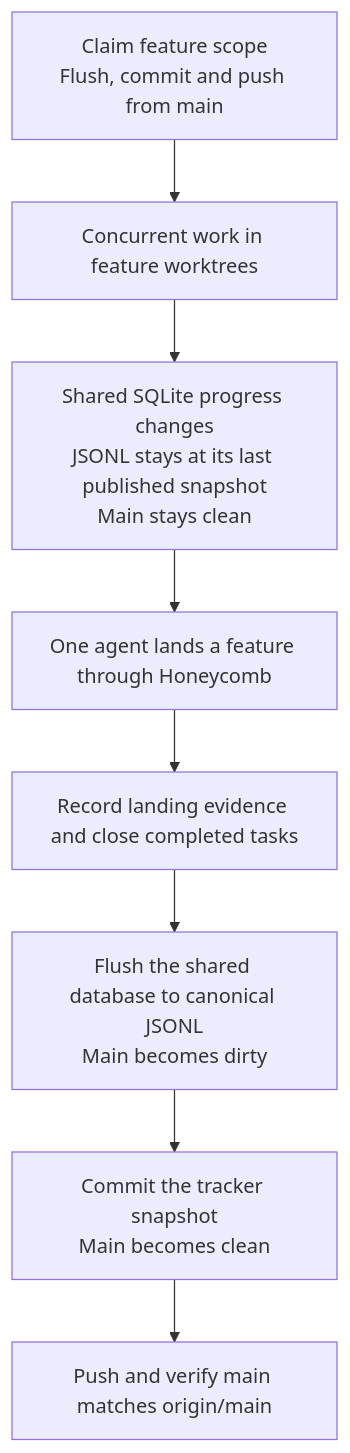
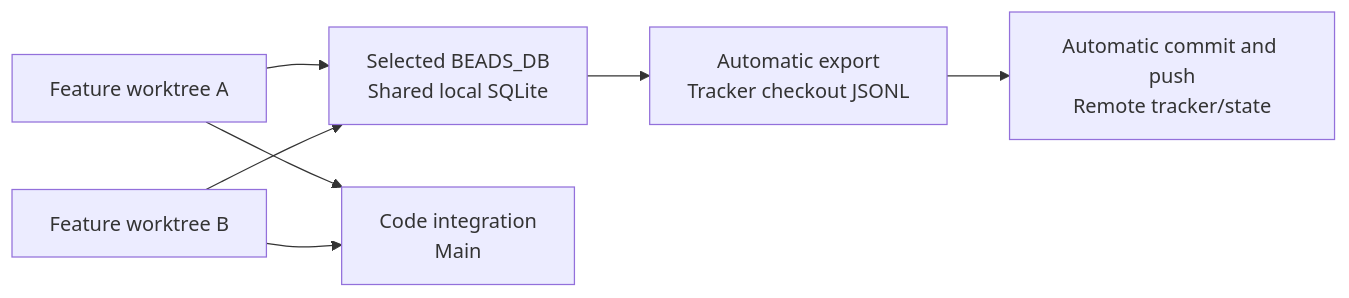
Before and after one commit to codethread/hive: the first of 2 diagrams in docs/beads-integration.md, drawn with Mermaid. The commit also changed other lines of this file and 25 other files, not shown here.

Commit message:
chore(beads): establish persistent tracker branch

````diff
--- a/docs/beads-integration.md
+++ b/docs/beads-integration.md
@@ -19,10 +7,9 @@
 ```mermaid
-flowchart TD
-    P["Claim feature scope<br/>Flush, commit and push from main"] --> A["Concurrent work in feature worktrees"]
-    A --> B["Shared SQLite progress changes<br/>JSONL stays at its last published snapshot<br/>Main stays clean"]
-    B --> C["One agent lands a feature through Honeycomb"]
-    C --> D["Record landing evidence and close completed tasks"]
-    D --> E["Flush the shared database to canonical JSONL<br/>Main becomes dirty"]
-    E --> F["Commit the tracker snapshot<br/>Main becomes clean"]
-    F --> G["Push and verify main matches origin/main"]
+flowchart LR
+	A["Feature worktree A"] --> D["Selected BEADS_DB<br/>Shared local SQLite"]
+	B["Feature worktree B"] --> D
+	D --> J["Automatic export<br/>Tracker checkout JSONL"]
+	J --> P["Automatic commit and push<br/>Remote tracker/state"]
+	A --> M["Code integration<br/>Main"]
+	B --> M
 ```
````
